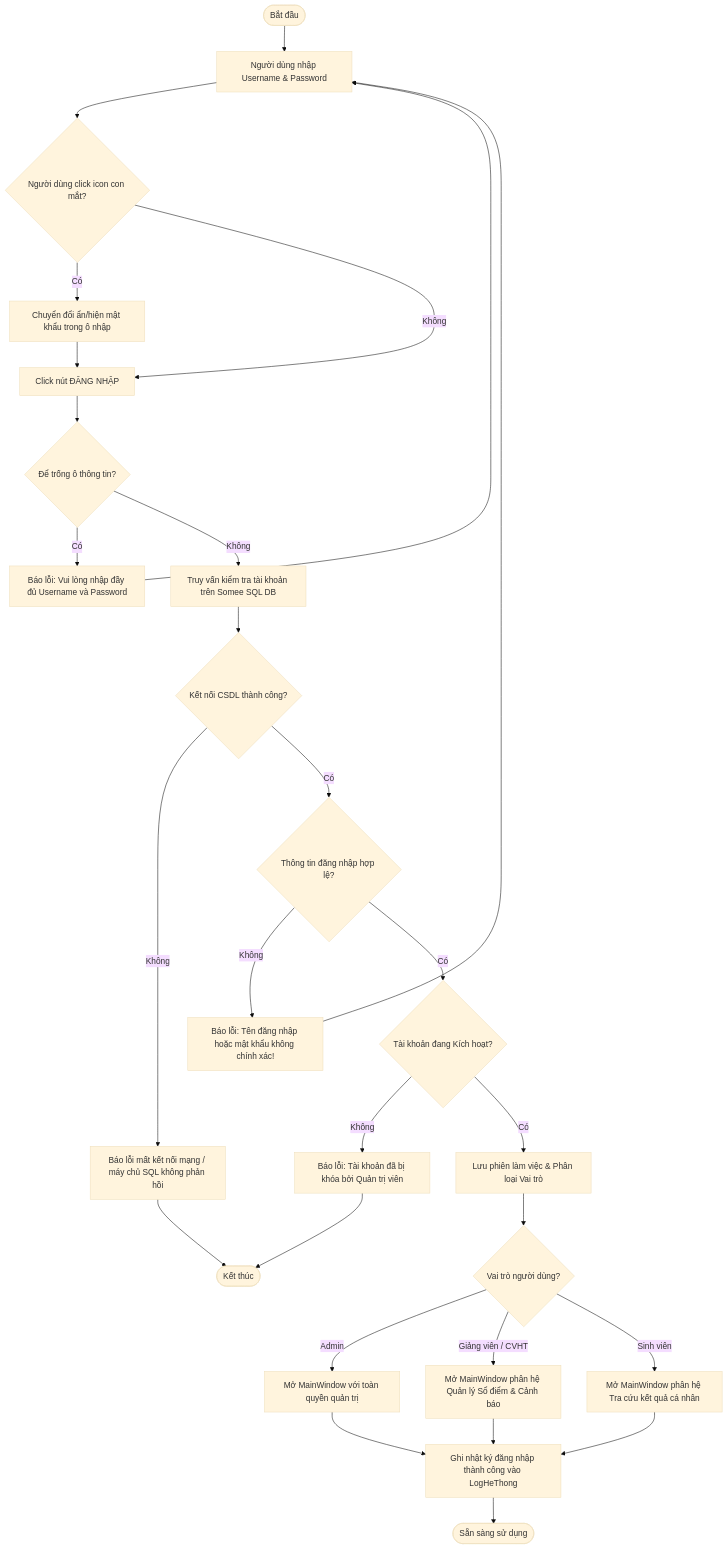
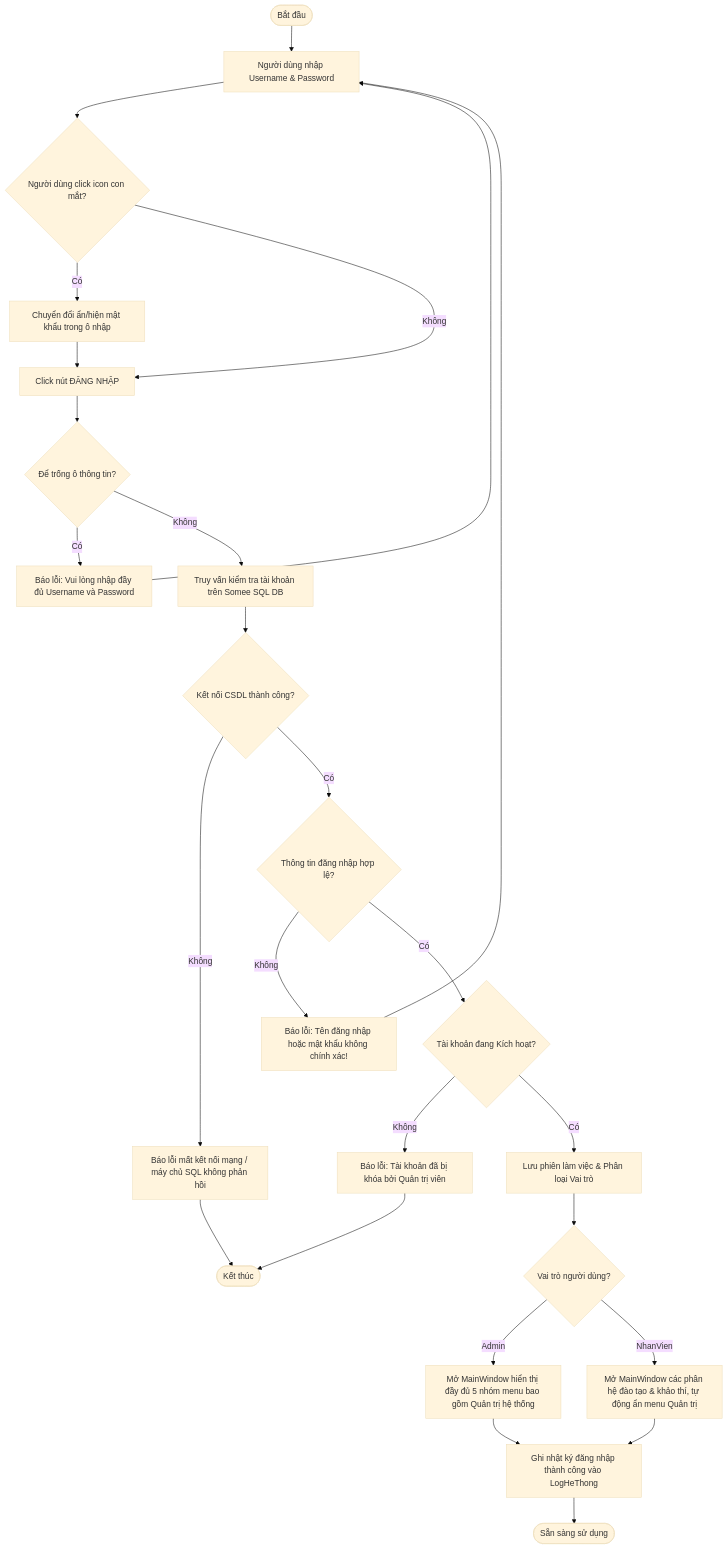
One commit to ngthanhs1/STUDENT_RESULT_ANALYTICS changed the fourth of 15 diagrams in BAO_CAO_BAI_TAP_LON_STUDENT_RESULT_ANALYTICS.md. Above: the diagram before and after it, drawn with Mermaid (base theme). The commit also changed other lines of this file and 5 other files, not shown here.

````diff
--- a/BAO_CAO_BAI_TAP_LON_STUDENT_RESULT_ANALYTICS.md
+++ b/BAO_CAO_BAI_TAP_LON_STUDENT_RESULT_ANALYTICS.md
@@ -656,26 +625,24 @@
 ```mermaid
 flowchart TD
     Start([Bắt đầu]) --> Input[Người dùng nhập Username & Password]
     Input --> TogglePwd{Người dùng click icon con mắt?}
     TogglePwd -- Có --> ShowHide[Chuyển đổi ẩn/hiện mật khẩu trong ô nhập]
     ShowHide --> Submit[Click nút ĐĂNG NHẬP]
     TogglePwd -- Không --> Submit
     Submit --> CheckEmpty{Để trống ô thông tin?}
     CheckEmpty -- Có --> ErrEmpty[Báo lỗi: Vui lòng nhập đầy đủ Username và Password] --> Input
     CheckEmpty -- Không --> QueryDB[Truy vấn kiểm tra tài khoản trên Somee SQL DB]
     QueryDB --> ConnOK{Kết nối CSDL thành công?}
     ConnOK -- Không --> ErrNet[Báo lỗi mất kết nối mạng / máy chủ SQL không phản hồi] --> End([Kết thúc])
     ConnOK -- Có --> CheckAuth{Thông tin đăng nhập hợp lệ?}
     CheckAuth -- Không --> ErrAuth[Báo lỗi: Tên đăng nhập hoặc mật khẩu không chính xác!] --> Input
     CheckAuth -- Có --> CheckActive{Tài khoản đang Kích hoạt?}
     CheckActive -- Không --> ErrLocked[Báo lỗi: Tài khoản đã bị khóa bởi Quản trị viên] --> End
     CheckActive -- Có --> SaveSession[Lưu phiên làm việc & Phân loại Vai trò]
     SaveSession --> CheckRole{Vai trò người dùng?}
-    CheckRole -- Admin --> OpenAdmin[Mở MainWindow với toàn quyền quản trị]
-    CheckRole -- Giảng viên / CVHT --> OpenLecturer[Mở MainWindow phân hệ Quản lý Sổ điểm & Cảnh báo]
-    CheckRole -- Sinh viên --> OpenStudent[Mở MainWindow phân hệ Tra cứu kết quả cá nhân]
+    CheckRole -- Admin --> OpenAdmin[Mở MainWindow hiển thị đầy đủ 5 nhóm menu bao gồm Quản trị hệ thống]
+    CheckRole -- NhanVien --> OpenStaff[Mở MainWindow các phân hệ đào tạo & khảo thí, tự động ẩn menu Quản trị]
     OpenAdmin --> LogSuccess[Ghi nhật ký đăng nhập thành công vào LogHeThong]
-    OpenLecturer --> LogSuccess
-    OpenStudent --> LogSuccess
+    OpenStaff --> LogSuccess
     LogSuccess --> Ready([Sẵn sàng sử dụng])
 ```
````
